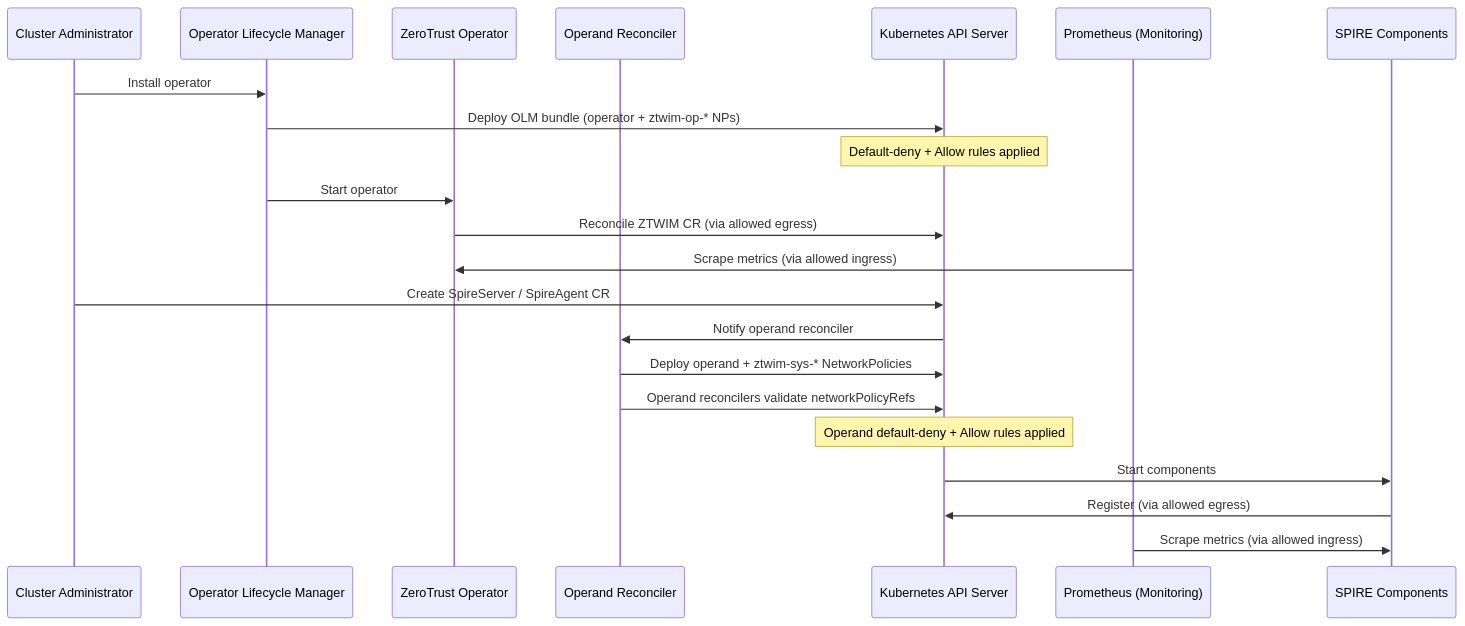
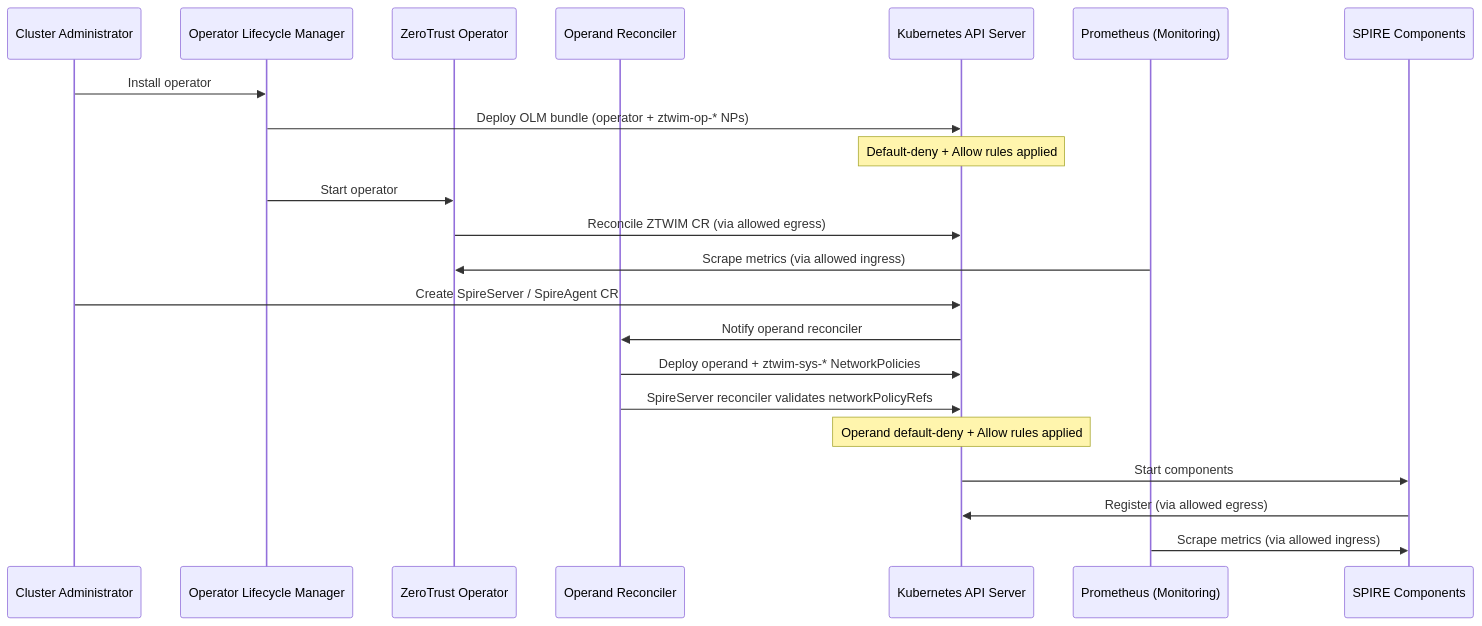
The diagram in enhancements/workload-identity-management/zero-trust-workload-identity-manager-network-policies.md (openshift/enhancements), drawn with Mermaid before and after one commit. The commit also changed other lines of this file, not shown here.

````diff
--- a/enhancements/workload-identity-management/zero-trust-workload-identity-manager-network-policies.md
+++ b/enhancements/workload-identity-management/zero-trust-workload-identity-manager-network-policies.md
@@ -314,26 +303,26 @@
 ```mermaid
 sequenceDiagram
     participant Admin as Cluster Administrator
     participant OLM as Operator Lifecycle Manager
     participant Op as ZeroTrust Operator
     participant Recon as Operand Reconciler
     participant K8s as Kubernetes API Server
     participant Mon as Prometheus (Monitoring)
     participant SPIRE as SPIRE Components
 
     Admin->>OLM: Install operator
     OLM->>K8s: Deploy OLM bundle (operator + ztwim-op-* NPs)
     Note over K8s: Default-deny + Allow rules applied
     OLM->>Op: Start operator
     Op->>K8s: Reconcile ZTWIM CR (via allowed egress)
     Mon->>Op: Scrape metrics (via allowed ingress)
 
     Admin->>K8s: Create SpireServer / SpireAgent CR
     K8s->>Recon: Notify operand reconciler
     Recon->>K8s: Deploy operand + ztwim-sys-* NetworkPolicies
-    Recon->>K8s: Operand reconcilers validate networkPolicyRefs
+    Recon->>K8s: SpireServer reconciler validates networkPolicyRefs
     Note over K8s: Operand default-deny + Allow rules applied
     K8s->>SPIRE: Start components
     SPIRE->>K8s: Register (via allowed egress)
     Mon->>SPIRE: Scrape metrics (via allowed ingress)
 ```
````
